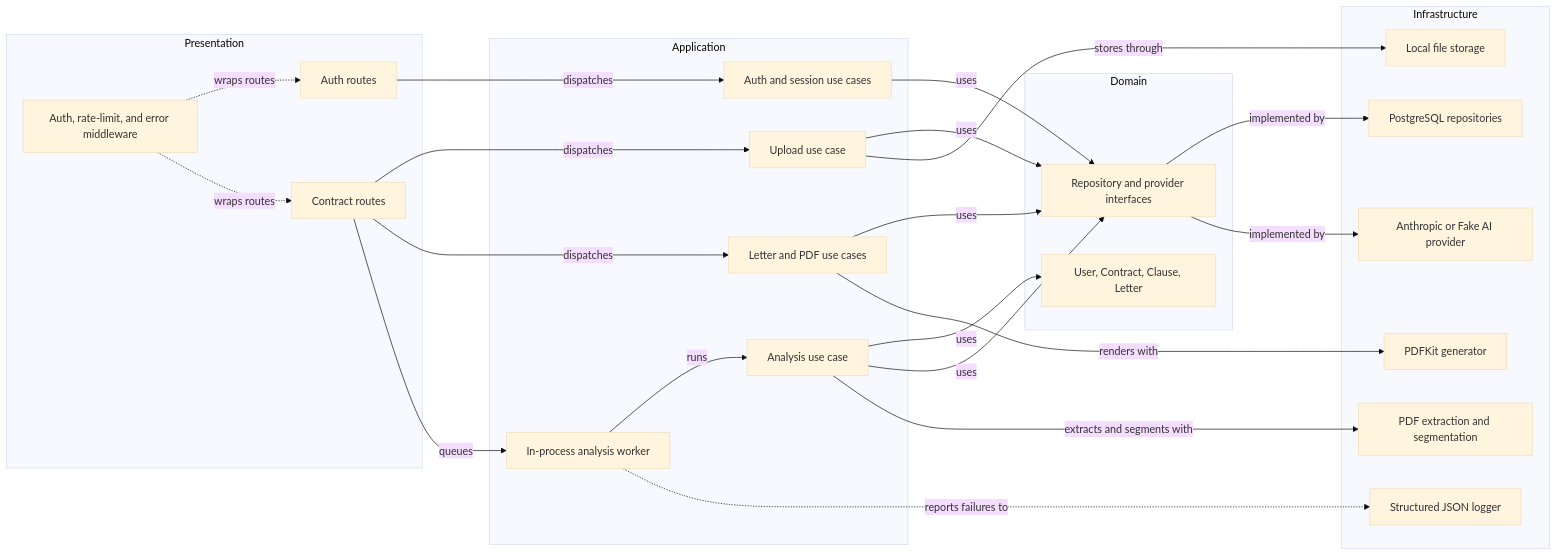
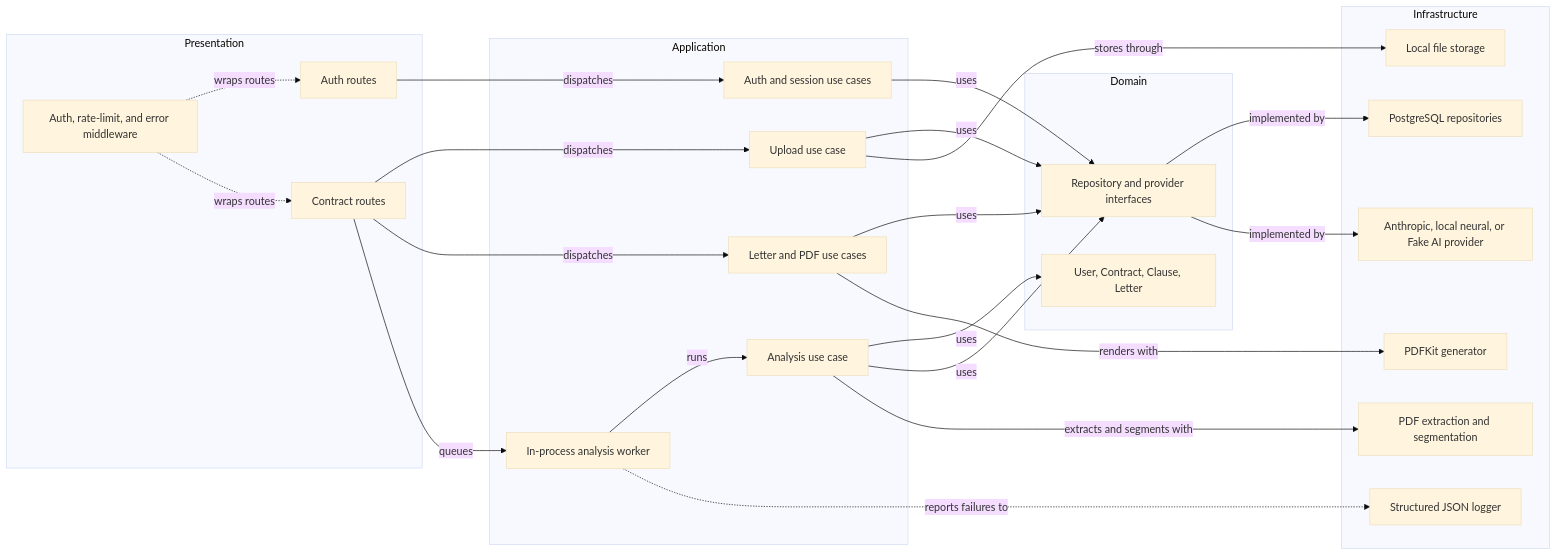
Before and after one commit to Jesusdavid2004/Contrato_ceroO: the second of 4 diagrams in docs/architecture.md, drawn with Mermaid (base theme). The commit also changed other lines of this file and 8 other files, not shown here.

Commit message:
docs(ai): make anthropic key optional and document local neural default

````diff
--- a/docs/architecture.md
+++ b/docs/architecture.md
@@ -44,46 +44,46 @@
 ```mermaid
 flowchart LR
     subgraph cPresentation["Presentation"]
         cAuthRoutes["Auth routes"]
         cContractRoutes["Contract routes"]
         cMiddleware["Auth, rate-limit, and error middleware"]
     end
     subgraph cApplication["Application"]
         cAuthCases["Auth and session use cases"]
         cUploadCase["Upload use case"]
         cAnalysisCase["Analysis use case"]
         cLetterCases["Letter and PDF use cases"]
         cWorker["In-process analysis worker"]
     end
     subgraph cDomain["Domain"]
         cEntities["User, Contract, Clause, Letter"]
         cPorts["Repository and provider interfaces"]
     end
     subgraph cInfrastructure["Infrastructure"]
         cPostgres["PostgreSQL repositories"]
-        cAI["Anthropic or Fake AI provider"]
+        cAI["Anthropic, local neural, or Fake AI provider"]
         cExtract["PDF extraction and segmentation"]
         cStorage["Local file storage"]
         cPdf["PDFKit generator"]
         cLogger["Structured JSON logger"]
     end
 
     cAuthRoutes -->|"dispatches"| cAuthCases
     cContractRoutes -->|"dispatches"| cUploadCase
     cContractRoutes -->|"dispatches"| cLetterCases
     cContractRoutes -->|"queues"| cWorker
     cWorker -->|"runs"| cAnalysisCase
     cAnalysisCase -->|"uses"| cEntities
     cAuthCases -->|"uses"| cPorts
     cUploadCase -->|"uses"| cPorts
     cAnalysisCase -->|"uses"| cPorts
     cLetterCases -->|"uses"| cPorts
     cPorts -->|"implemented by"| cPostgres
     cPorts -->|"implemented by"| cAI
     cAnalysisCase -->|"extracts and segments with"| cExtract
     cUploadCase -->|"stores through"| cStorage
     cLetterCases -->|"renders with"| cPdf
     cMiddleware -.->|"wraps routes"| cAuthRoutes
     cMiddleware -.->|"wraps routes"| cContractRoutes
     cWorker -.->|"reports failures to"| cLogger
 ```
````
